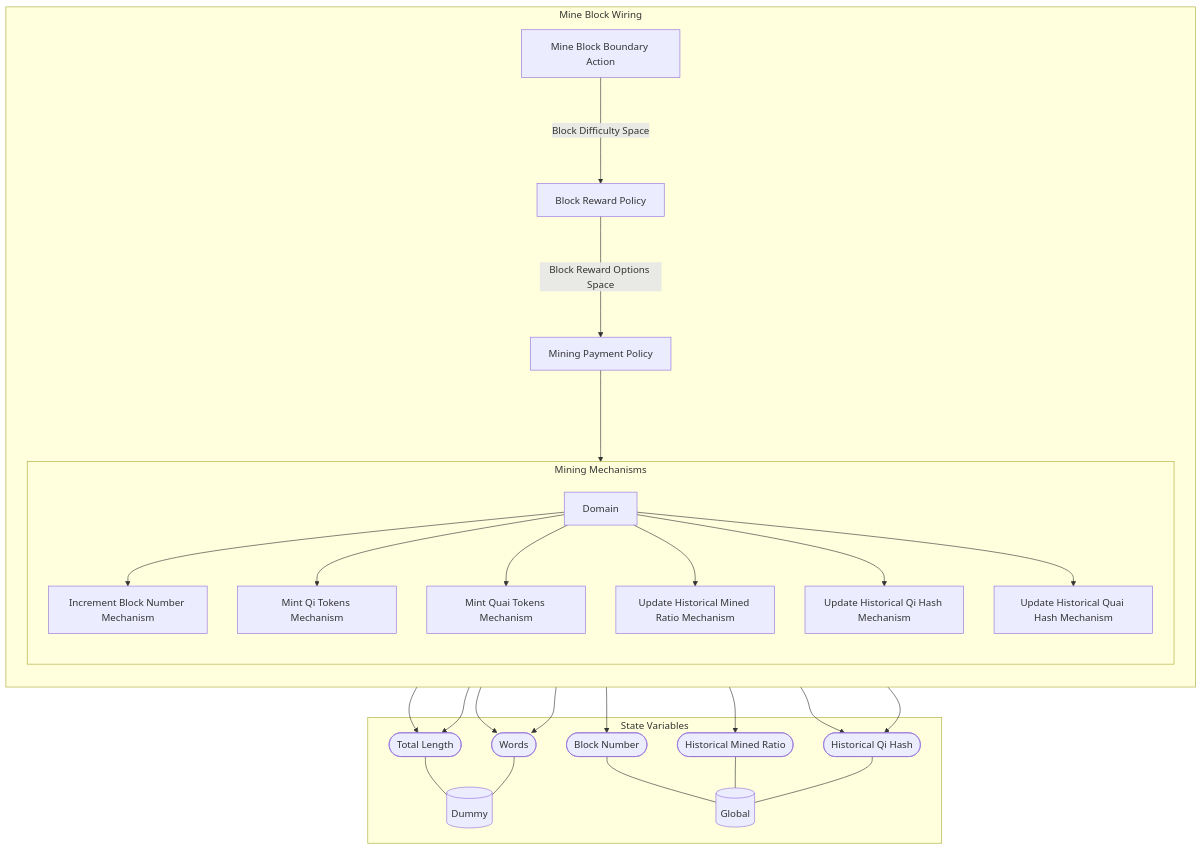
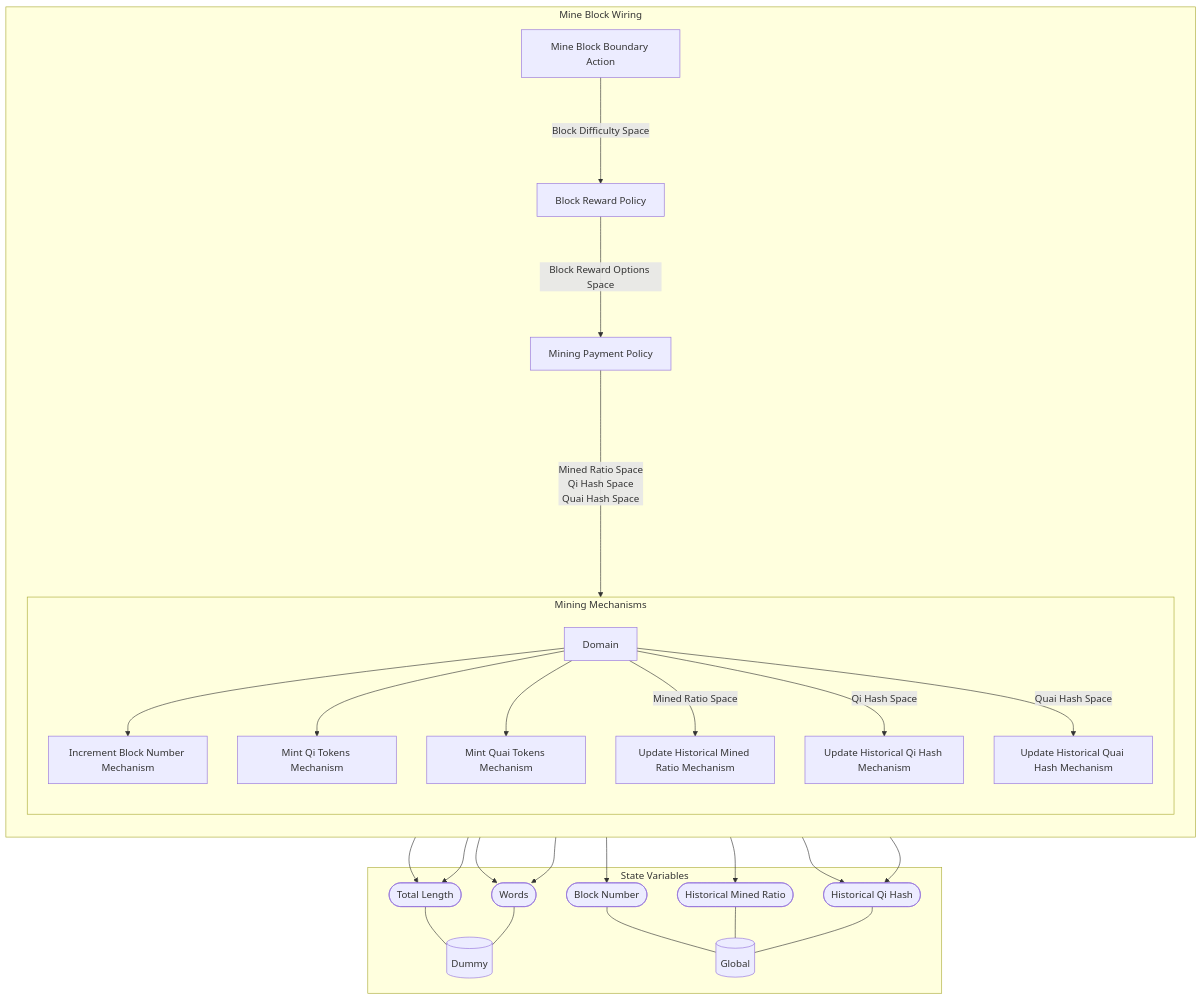
The diagram in Spec/obsidian/Wiring/Mine Block Wiring.md (dominant-strategies/Quai-Macro-Model), drawn with Mermaid before and after one commit. The commit also changed other lines of this file and 35 other files, not shown here.

````diff
--- a/Spec/obsidian/Wiring/Mine Block Wiring.md
+++ b/Spec/obsidian/Wiring/Mine Block Wiring.md
@@ -3,55 +3,57 @@
 ```mermaid
 graph TB
 
 subgraph SVS["State Variables"]
 EE0[("Dummy")]
 EE1[("Global")]
 EES0(["Total Length"])
 EES0 --- EE0
 EES1(["Words"])
 EES1 --- EE0
 EES2(["Block Number"])
 EES2 --- EE1
 EES3(["Historical Mined Ratio"])
 EES3 --- EE1
 EES4(["Historical Qi Hash"])
 EES4 --- EE1
 end
 
 subgraph X13["Mine Block Wiring"]
 direction TB
 X1["Mine Block Boundary Action"]
 X2["Block Reward Policy"]
 X3["Mining Payment Policy"]
 subgraph X12["Mining Mechanisms"]
 direction TB
 X4["Increment Block Number Mechanism"]
 X4 --> EES2
 X5["Mint Qi Tokens Mechanism"]
 X5 --> EES1
 X5 --> EES0
 X6["Mint Quai Tokens Mechanism"]
 X6 --> EES1
 X6 --> EES0
 X7["Update Historical Mined Ratio Mechanism"]
 X7 --> EES3
 X8["Update Historical Qi Hash Mechanism"]
 X8 --> EES4
 X9["Update Historical Quai Hash Mechanism"]
 X9 --> EES4
 X10[Domain]
 
 direction LR
 direction TB
 X10 --> X4
 X10 --> X5
 X10 --> X6
-X10 --> X7
-X10 --> X8
-X10 --> X9
+X10 --"Mined Ratio Space"--> X7
+X10 --"Qi Hash Space"--> X8
+X10 --"Quai Hash Space"--> X9
 end
 X1--"Block Difficulty Space"--->X2
 X2--"Block Reward Options Space"--->X3
-X3--->X12
+X3--"Mined Ratio Space
+Qi Hash Space
+Quai Hash Space"----->X12
 end
 ```
````
